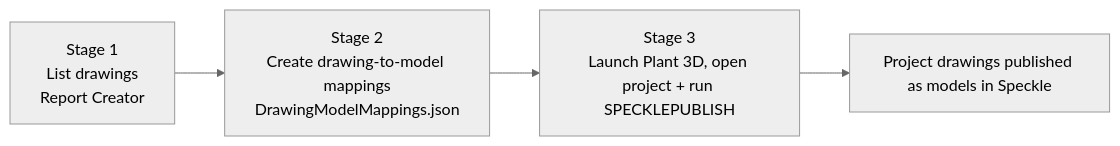
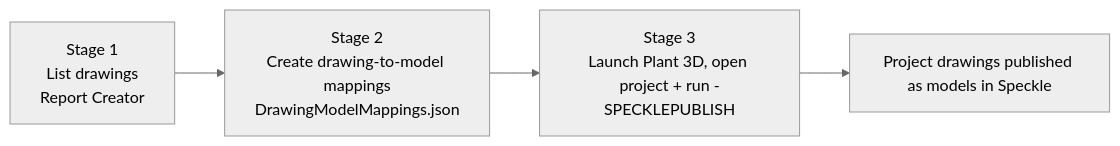
The first of 4 diagrams in Connectors/Autocad/Speckle.Connectors.Plant3dShared/Automation/readme.md (jcbsteve/speckle-sharp-connectors-fork), drawn with Mermaid (neutral theme) before and after one commit. The commit also changed other lines of this file and 2 other files, not shown here.

````diff
--- a/Connectors/Autocad/Speckle.Connectors.Plant3dShared/Automation/readme.md
+++ b/Connectors/Autocad/Speckle.Connectors.Plant3dShared/Automation/readme.md
@@ -23,6 +37,6 @@
 ``` mermaid
 flowchart LR
     A[Stage 1<br/>List drawings<br/>Report Creator] --> B[Stage 2<br/>Create drawing-to-model mappings<br/>DrawingModelMappings.json]
-    B --> C[Stage 3<br/>Launch Plant 3D, open project + run SPECKLEPUBLISH]
+    B --> C[Stage 3<br/>Launch Plant 3D, open project + run -SPECKLEPUBLISH]
     C --> D[Project drawings published as models in Speckle]
 ```
````
